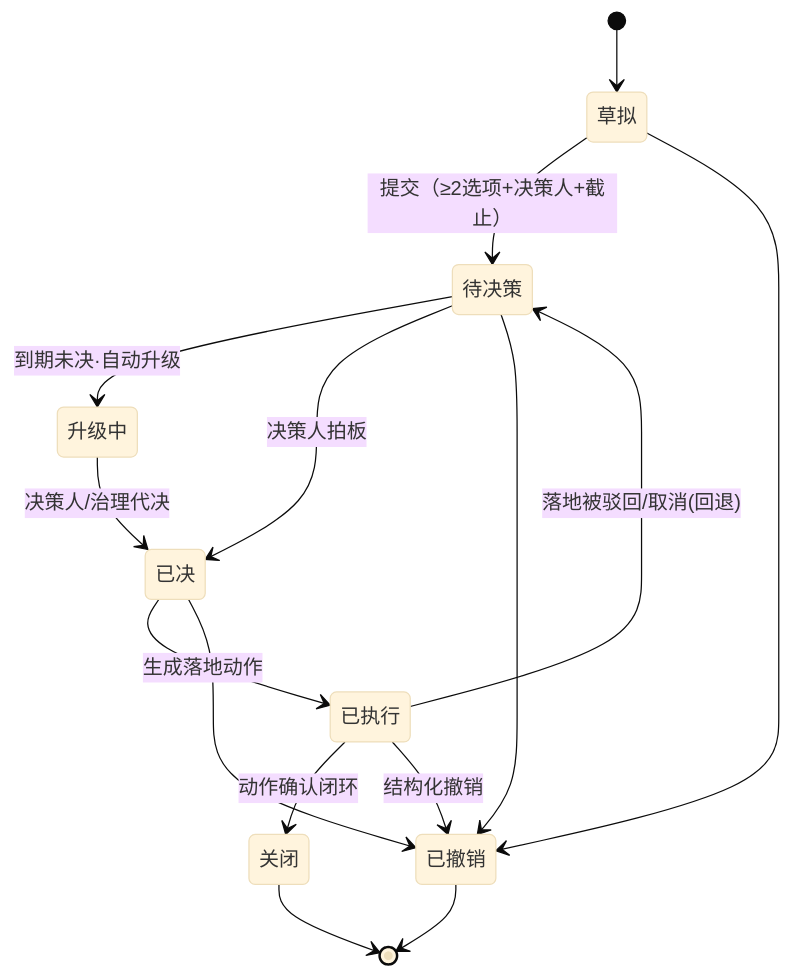
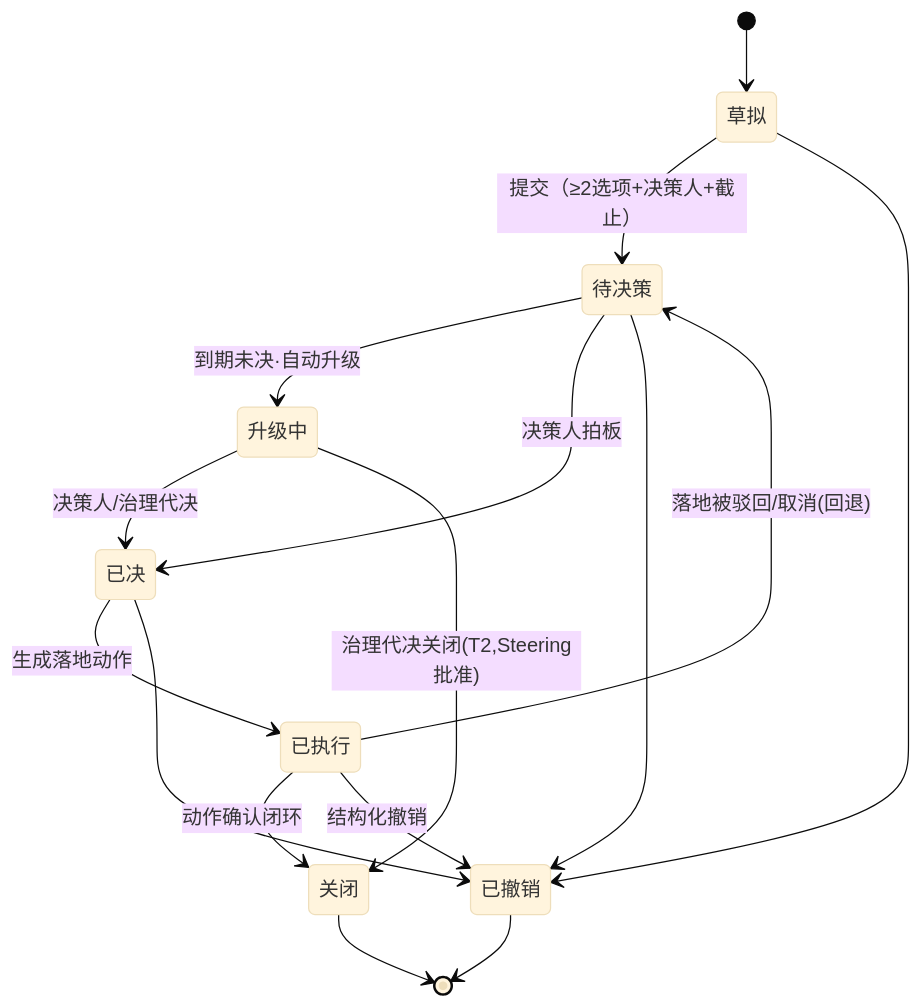
One commit to lengfengng1-ai-architect/pmsi changed the fourth of 10 diagrams in docs/07-产品架构图.md. Above: the diagram before and after it, drawn with Mermaid (base theme). The commit also changed other lines of this file and 10 other files, not shown here.

````diff
--- a/docs/07-产品架构图.md
+++ b/docs/07-产品架构图.md
@@ -116,17 +117,18 @@
 ```mermaid
 stateDiagram-v2
     [*] --> 草拟
     草拟 --> 待决策: 提交（≥2选项+决策人+截止）
     待决策 --> 升级中: 到期未决·自动升级
     待决策 --> 已决: 决策人拍板
     升级中 --> 已决: 决策人/治理代决
+    升级中 --> 关闭: 治理代决关闭(T2,Steering批准)
     已决 --> 已执行: 生成落地动作
     已执行 --> 关闭: 动作确认闭环
     已执行 --> 待决策: 落地被驳回/取消(回退)
     草拟 --> 已撤销
     待决策 --> 已撤销
     已决 --> 已撤销
     已执行 --> 已撤销: 结构化撤销
     关闭 --> [*]
     已撤销 --> [*]
 ```
````
